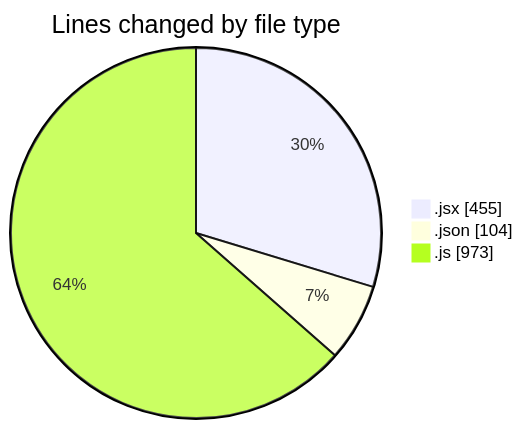
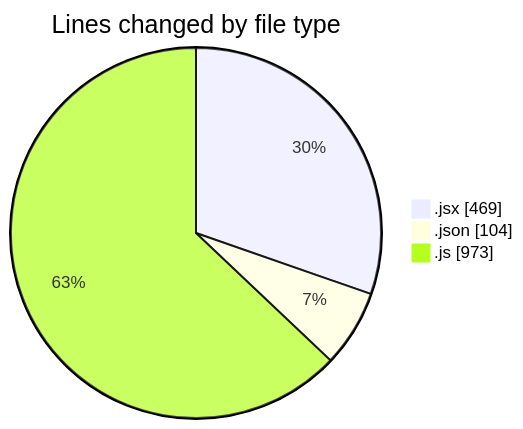
The first of 2 diagrams in 2025-05-19/cda/README.md (momahboobian/code-tracking), drawn with Mermaid before and after one commit. The commit also changed other lines of this file and 1 other file, not shown here.

````diff
--- a/2025-05-19/cda/README.md
+++ b/2025-05-19/cda/README.md
@@ -25,7 +25,7 @@
 ```mermaid
 pie showData
 title Lines changed by file type
-".jsx" : 455
+".jsx" : 469
 ".json" : 104
 ".js" : 973
 ```
````
